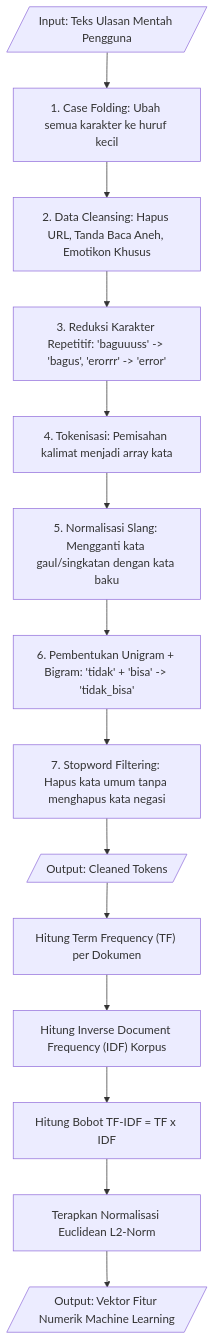
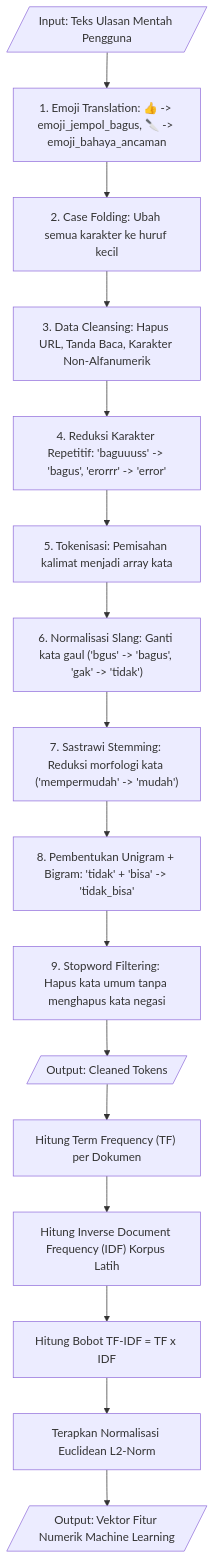
One commit to presidendjakarta/Binus-s2-Business-Intelligence-and-Analytics-TK changed the third of 5 diagrams in docs/flowchart.md. Above: the diagram before and after it, drawn with Mermaid. The commit also changed other lines of this file and 28 other files, not shown here.

````diff
--- a/docs/flowchart.md
+++ b/docs/flowchart.md
@@ -63,17 +63,19 @@
 ```mermaid
 flowchart TD
-    RawText[/"Input: Teks Ulasan Mentah Pengguna"/] --> CaseFold["1. Case Folding: Ubah semua karakter ke huruf kecil"]
-    CaseFold --> CleanRegex["2. Data Cleansing: Hapus URL, Tanda Baca Aneh, Emotikon Khusus"]
-    CleanRegex --> ReduceChar["3. Reduksi Karakter Repetitif: 'baguuuss' -> 'bagus', 'erorrr' -> 'error'"]
-    ReduceChar --> Tokenize["4. Tokenisasi: Pemisahan kalimat menjadi array kata"]
-    Tokenize --> NormalizeSlang["5. Normalisasi Slang: Mengganti kata gaul/singkatan dengan kata baku"]
-    NormalizeSlang --> FormBigram["6. Pembentukan Unigram + Bigram: 'tidak' + 'bisa' -> 'tidak_bisa'"]
-    FormBigram --> RemoveStopwords["7. Stopword Filtering: Hapus kata umum tanpa menghapus kata negasi"]
+    RawText[/"Input: Teks Ulasan Mentah Pengguna"/] --> EmojiMap["1. Emoji Translation: 👍 -> emoji_jempol_bagus, 🔪 -> emoji_bahaya_ancaman"]
+    EmojiMap --> CaseFold["2. Case Folding: Ubah semua karakter ke huruf kecil"]
+    CaseFold --> CleanRegex["3. Data Cleansing: Hapus URL, Tanda Baca, Karakter Non-Alfanumerik"]
+    CleanRegex --> ReduceChar["4. Reduksi Karakter Repetitif: 'baguuuss' -> 'bagus', 'erorrr' -> 'error'"]
+    ReduceChar --> Tokenize["5. Tokenisasi: Pemisahan kalimat menjadi array kata"]
+    Tokenize --> NormalizeSlang["6. Normalisasi Slang: Ganti kata gaul ('bgus' -> 'bagus', 'gak' -> 'tidak')"]
+    NormalizeSlang --> Stemming["7. Sastrawi Stemming: Reduksi morfologi kata ('mempermudah' -> 'mudah')"]
+    Stemming --> FormBigram["8. Pembentukan Unigram + Bigram: 'tidak' + 'bisa' -> 'tidak_bisa'"]
+    FormBigram --> RemoveStopwords["9. Stopword Filtering: Hapus kata umum tanpa menghapus kata negasi"]
     
     RemoveStopwords --> CleanTokens[/"Output: Cleaned Tokens"/]
     CleanTokens --> CalcTF["Hitung Term Frequency (TF) per Dokumen"]
-    CalcTF --> CalcIDF["Hitung Inverse Document Frequency (IDF) Korpus"]
+    CalcTF --> CalcIDF["Hitung Inverse Document Frequency (IDF) Korpus Latih"]
     CalcIDF --> CalcTFIDF["Hitung Bobot TF-IDF = TF x IDF"]
     CalcTFIDF --> L2Norm["Terapkan Normalisasi Euclidean L2-Norm"]
     L2Norm --> OutVec[/"Output: Vektor Fitur Numerik Machine Learning"/]
 ```
````
